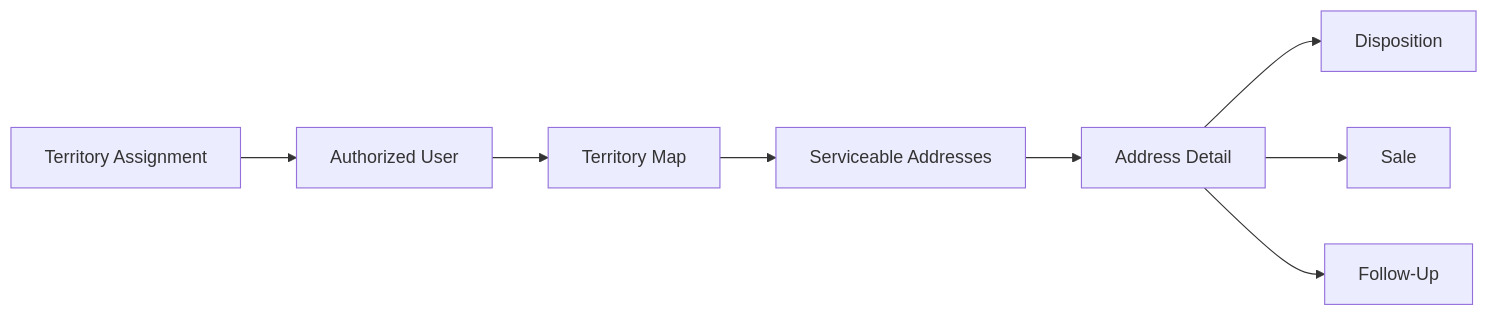
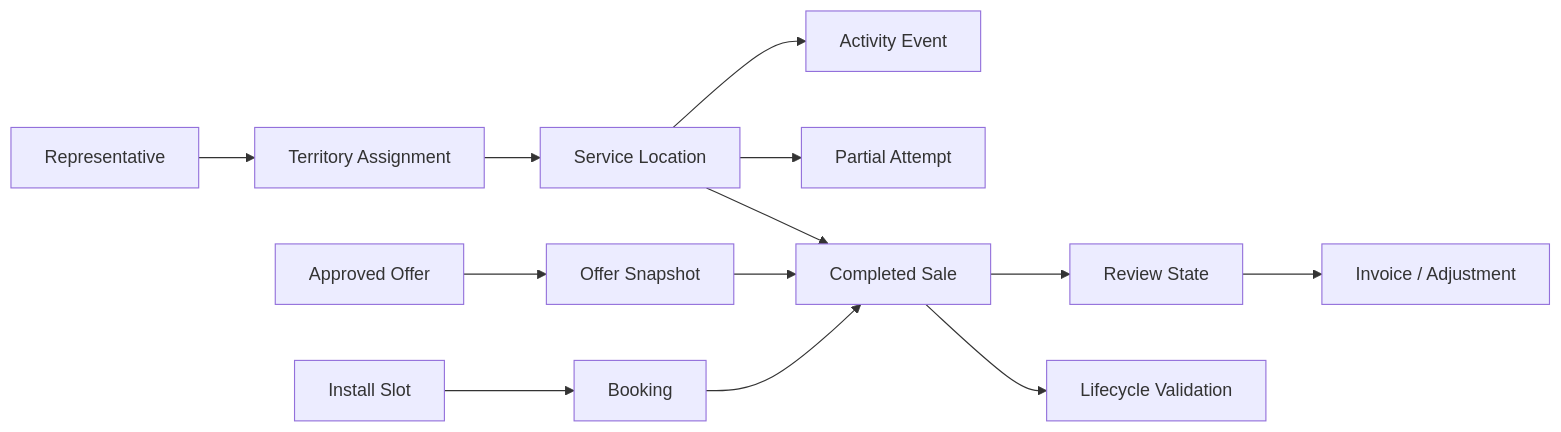
Before and after one commit to kaseypelchy-ops/fieldos-project-showcase: the second of 3 diagrams in docs/architecture.md, drawn with Mermaid. The commit also changed other lines of this file, not shown here.

First line of the commit message:
Revise architecture document for clarity and detail

````diff
--- a/docs/architecture.md
+++ b/docs/architecture.md
@@ -295,10 +225,19 @@
 ```mermaid
 flowchart LR
-    A[Territory Assignment] --> B[Authorized User]
-    B --> C[Territory Map]
-    C --> D[Serviceable Addresses]
-    D --> E[Address Detail]
-    E --> F[Disposition]
-    E --> G[Sale]
-    E --> H[Follow-Up]
+    REP[Representative] --> ASSIGN[Territory Assignment]
+    ASSIGN --> LOC[Service Location]
+
+    LOC --> EVT[Activity Event]
+    LOC --> PARTIAL[Partial Attempt]
+    LOC --> SALE[Completed Sale]
+
+    OFFER[Approved Offer] --> SNAP[Offer Snapshot]
+    SNAP --> SALE
+
+    SLOT[Install Slot] --> BOOK[Booking]
+    BOOK --> SALE
+
+    SALE --> REVIEW[Review State]
+    REVIEW --> FIN[Invoice / Adjustment]
+    SALE --> LIFE[Lifecycle Validation]
 ```
````
